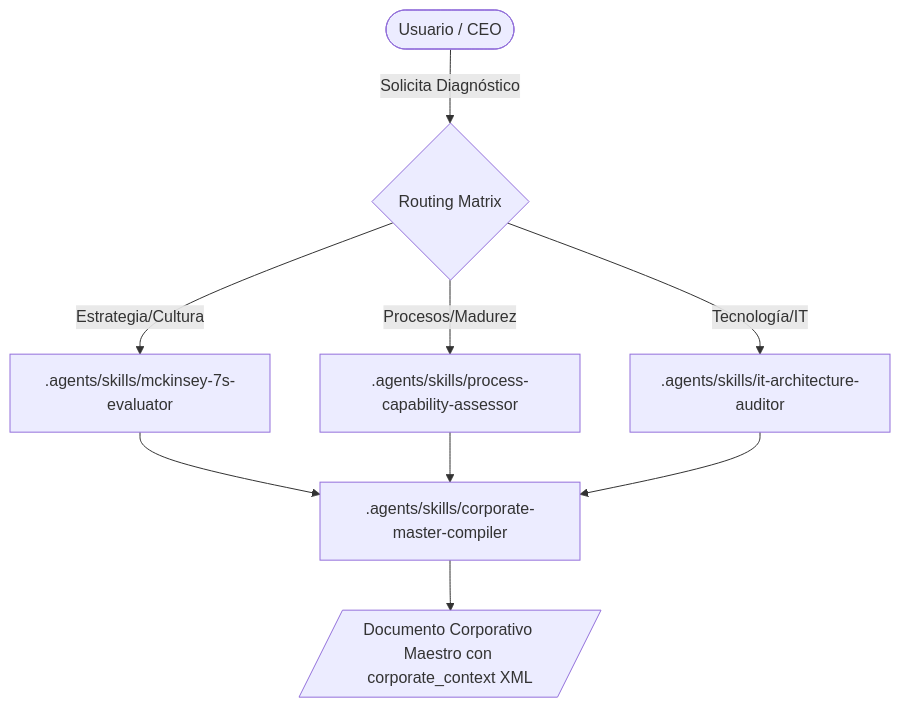
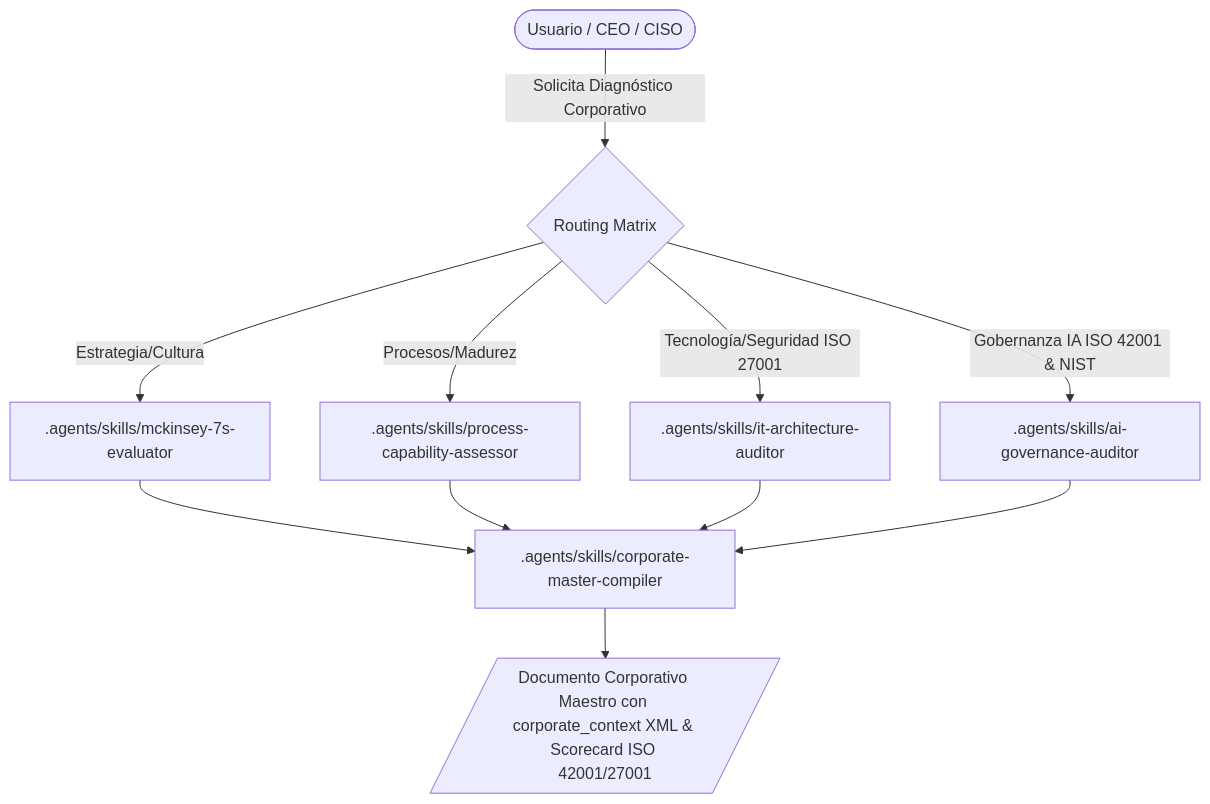
Before and after one commit to Nomackleo/agents-factory: the diagram in agents-factory/business-diagnostic-ecosystem/README.md, drawn with Mermaid. The commit also changed other lines of this file and 32 other files, not shown here.

First line of the commit message:
feat(core): desacoplamiento de arquitectura projects/ e integracion de estandares NIST CSF 2.0, ISO 42001 e ISO 27001

````diff
--- a/agents-factory/business-diagnostic-ecosystem/README.md
+++ b/agents-factory/business-diagnostic-ecosystem/README.md
@@ -17,13 +18,15 @@
 ```mermaid
 graph TD
-    User([Usuario / CEO]) --> |Solicita Diagnóstico| Router{Routing Matrix}
+    User([Usuario / CEO / CISO]) --> |Solicita Diagnóstico Corporativo| Router{Routing Matrix}
     Router --> |Estrategia/Cultura| A1[.agents/skills/mckinsey-7s-evaluator]
     Router --> |Procesos/Madurez| A2[.agents/skills/process-capability-assessor]
-    Router --> |Tecnología/IT| A3[.agents/skills/it-architecture-auditor]
+    Router --> |Tecnología/Seguridad ISO 27001| A3[.agents/skills/it-architecture-auditor]
+    Router --> |Gobernanza IA ISO 42001 & NIST| A4[.agents/skills/ai-governance-auditor]
     
     A1 --> C[.agents/skills/corporate-master-compiler]
     A2 --> C
     A3 --> C
+    A4 --> C
     
-    C --> Output[/Documento Corporativo Maestro con corporate_context XML/]
+    C --> Output[/Documento Corporativo Maestro con corporate_context XML & Scorecard ISO 42001/27001/]
 ```
````
